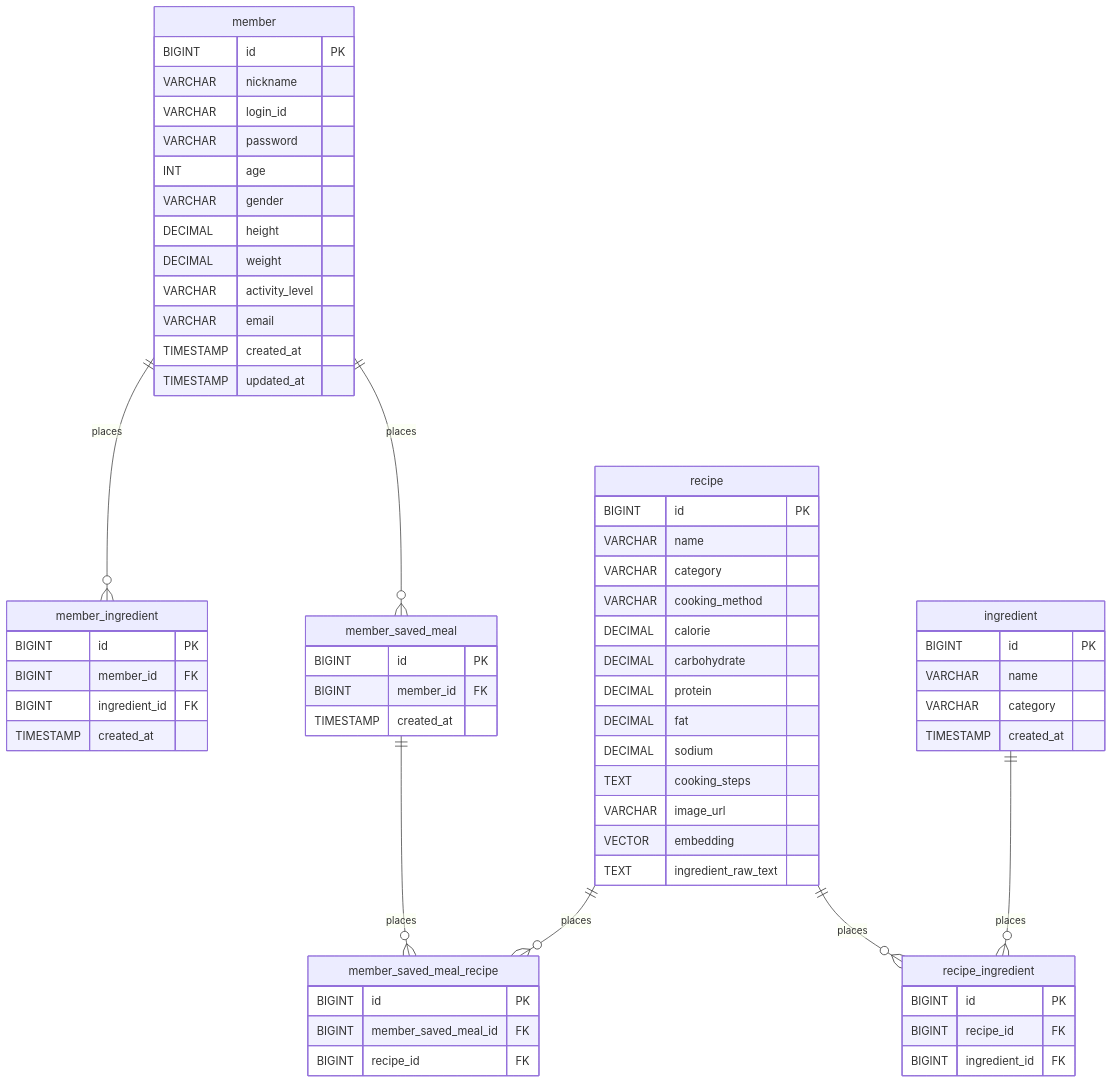
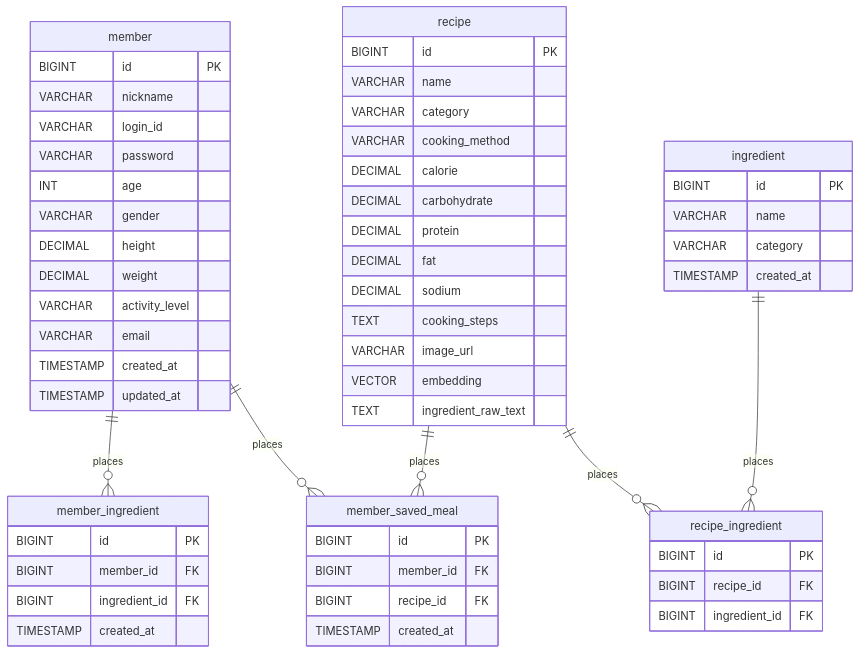
The second of 2 diagrams in docs/ERD.md (hg-proj/mealgram), drawn with Mermaid before and after one commit. The commit also changed other lines of this file and 10 other files, not shown here.

```diff
--- a/docs/ERD.md
+++ b/docs/ERD.md
@@ -43,10 +41,8 @@
     member ||--o{ member_ingredient : places 
     %% 회원 - 회원저장식단: 1:N
     member ||--o{ member_saved_meal : places 
-    %% 회원저장식단 - 회원저장식단레시피: 1:N
-    member_saved_meal ||--o{ member_saved_meal_recipe : places
-    %% 레시피 - 회원저장식단레시피: 1:N
-    recipe ||--o{ member_saved_meal_recipe : places
+    %% 레시피 - 회원저장식단: 1:N
+    recipe ||--o{ member_saved_meal : places
     %% 레시피 - 레시피재료: 1:N 
     recipe ||--o{ recipe_ingredient : places
     %% 재료 - 레시피재료: 1:N
@@ -86,13 +82,8 @@
     member_saved_meal {
         BIGINT id PK
         BIGINT member_id FK 
+        BIGINT recipe_id FK 
         TIMESTAMP created_at 
-    }
-
-    member_saved_meal_recipe {
-        BIGINT id PK
-        BIGINT member_saved_meal_id FK 
-        BIGINT recipe_id FK 
     }
 
     %% 레시피 ====
```
